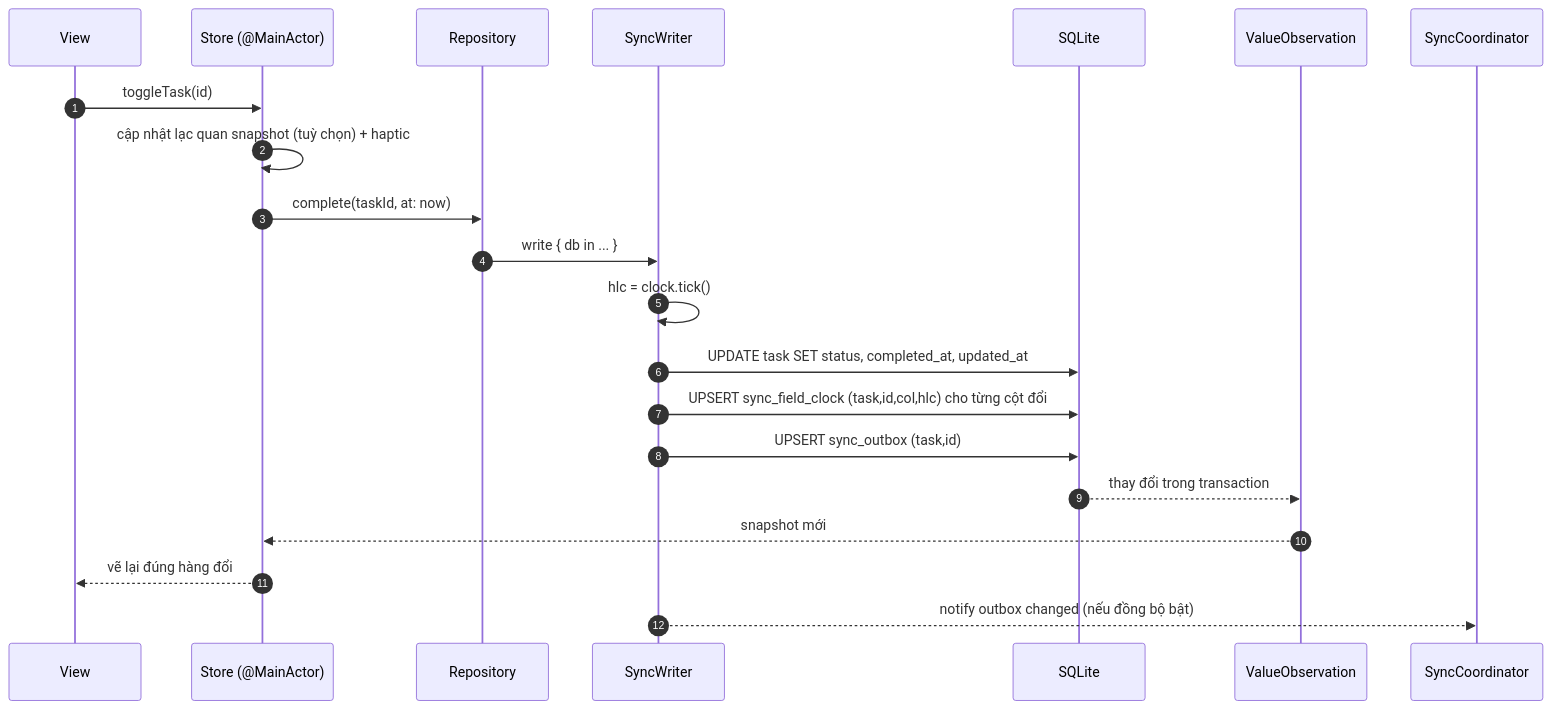
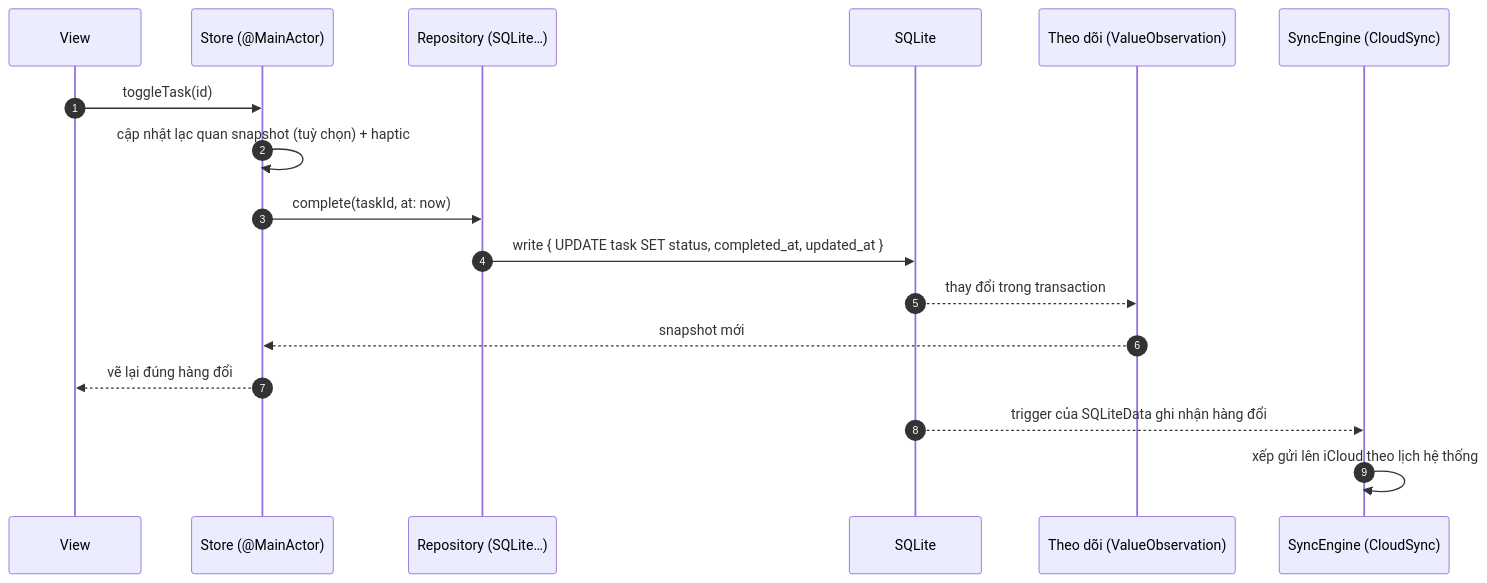
The fourth of 9 diagrams in docs/architecture/system-design.md (duong6003/Life-OS), drawn with Mermaid before and after one commit. The commit also changed other lines of this file and 71 other files, not shown here.

Commit message:
docs: adopt SQLiteData for MVP (ADR-0016)

````diff
--- a/docs/architecture/system-design.md
+++ b/docs/architecture/system-design.md
@@ -115,22 +112,19 @@
 ```mermaid
 sequenceDiagram
   autonumber
   participant V as View
   participant S as Store (@MainActor)
-  participant R as Repository
-  participant W as SyncWriter
+  participant R as Repository (SQLite…)
   participant DB as SQLite
-  participant O as ValueObservation
+  participant O as Theo dõi (ValueObservation)
+  participant SE as SyncEngine (CloudSync)
   V->>S: toggleTask(id)
   S->>S: cập nhật lạc quan snapshot (tuỳ chọn) + haptic
   S->>R: complete(taskId, at: now)
-  R->>W: write { db in ... }
-  W->>W: hlc = clock.tick()
-  W->>DB: UPDATE task SET status, completed_at, updated_at
-  W->>DB: UPSERT sync_field_clock (task,id,col,hlc) cho từng cột đổi
-  W->>DB: UPSERT sync_outbox (task,id)
+  R->>DB: write { UPDATE task SET status, completed_at, updated_at }
   DB-->>O: thay đổi trong transaction
   O-->>S: snapshot mới
   S-->>V: vẽ lại đúng hàng đổi
-  W-->>SyncCoordinator: notify outbox changed (nếu đồng bộ bật)
+  DB-->>SE: trigger của SQLiteData ghi nhận hàng đổi
+  SE->>SE: xếp gửi lên iCloud theo lịch hệ thống
 ```
````
